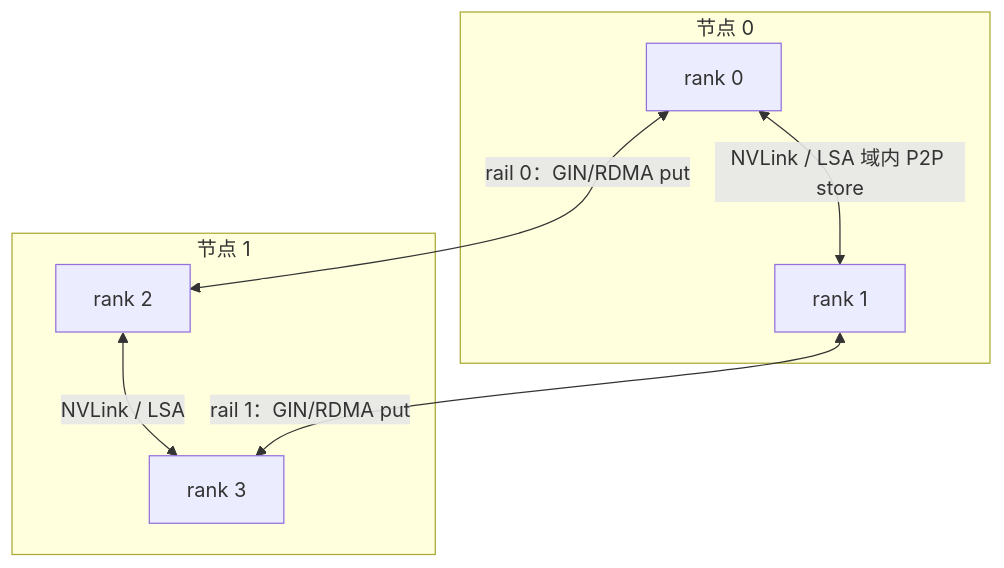
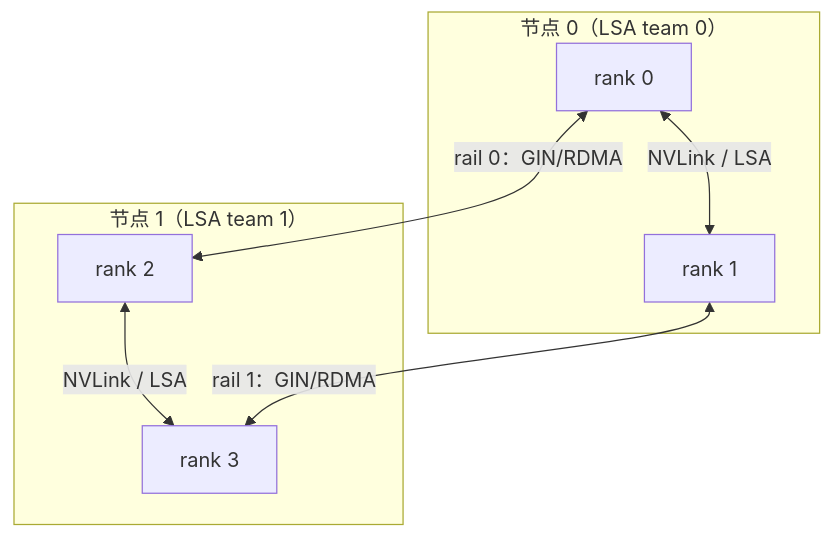
Before and after one commit to s0okiym/nccl-extensions: the first of 9 diagrams in nccl_ep/docs/design_overview.md, drawn with Mermaid. The commit also changed other lines of this file, not shown here.

````diff
--- a/nccl_ep/docs/design_overview.md
+++ b/nccl_ep/docs/design_overview.md
@@ -63,15 +91,15 @@
 ```mermaid
 flowchart TB
-  subgraph NODE0["节点 0"]
+  subgraph N0["节点 0（LSA team 0）"]
     R0["rank 0"]
     R1["rank 1"]
-    R0 <-->|"NVLink / LSA 域内 P2P store"| R1
+    R0 <-->|"NVLink / LSA"| R1
   end
-  subgraph NODE1["节点 1"]
+  subgraph N1["节点 1（LSA team 1）"]
     R2["rank 2"]
     R3["rank 3"]
     R2 <-->|"NVLink / LSA"| R3
   end
-  R0 <-->|"rail 0：GIN/RDMA put"| R2
-  R1 <-->|"rail 1：GIN/RDMA put"| R3
+  R0 <-->|"rail 0：GIN/RDMA"| R2
+  R1 <-->|"rail 1：GIN/RDMA"| R3
 ```
````
